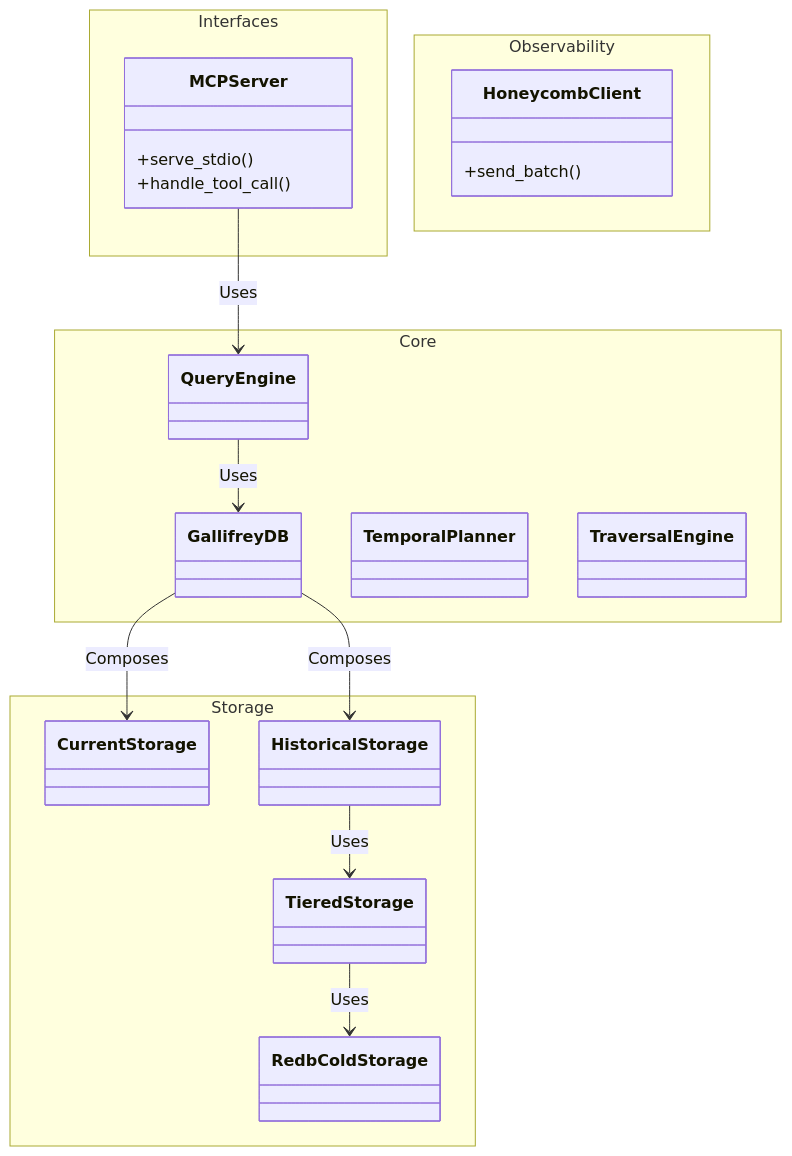
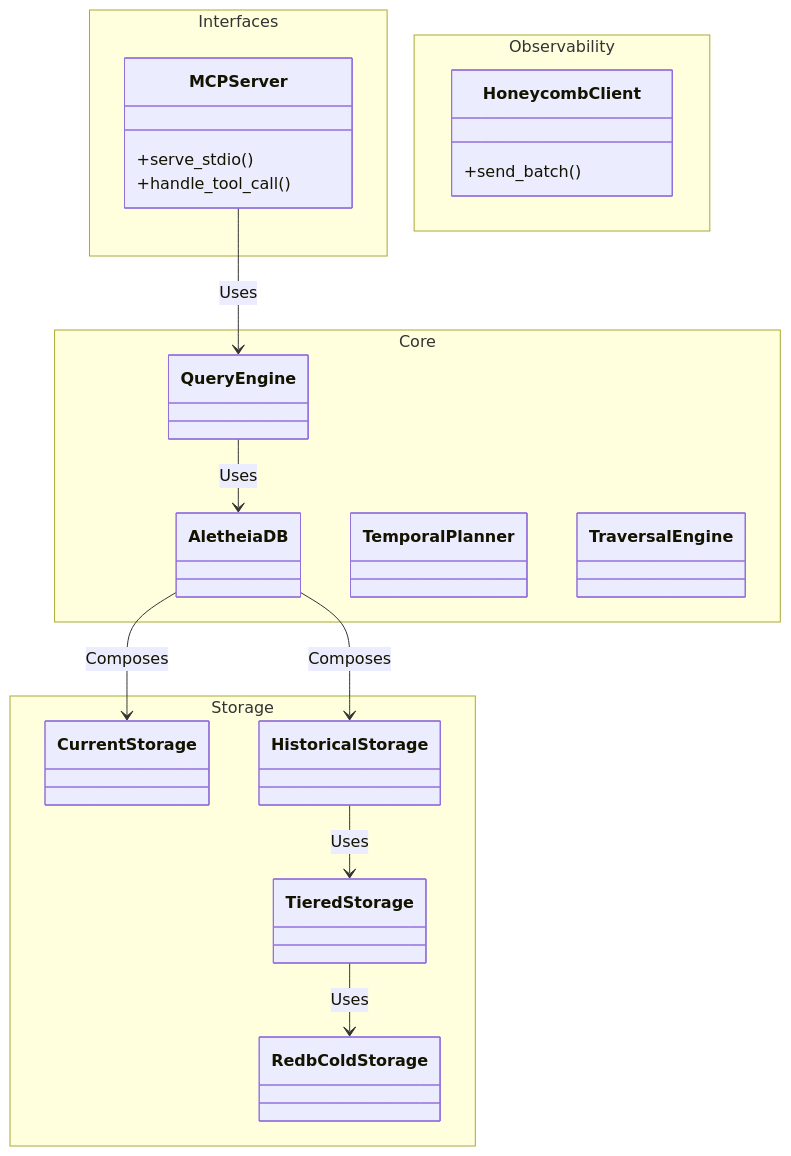
One commit to autumn-foundation/AletheiaDB changed the second of 8 diagrams in docs/ARCHITECTURE.md. Above: the diagram before and after it, drawn with Mermaid. The commit also changed other lines of this file and 316 other files, not shown here.

First line of the commit message:
refactor: Rename project from GallifreyDB to AletheiaDB

````diff
--- a/docs/ARCHITECTURE.md
+++ b/docs/ARCHITECTURE.md
@@ -78,33 +78,33 @@
 ```mermaid
 classDiagram
     namespace Interfaces {
         class MCPServer {
             +serve_stdio()
             +handle_tool_call()
         }
     }
     namespace Core {
-        class GallifreyDB
+        class AletheiaDB
         class QueryEngine
         class TemporalPlanner
         class TraversalEngine
     }
     namespace Storage {
         class CurrentStorage
         class HistoricalStorage
         class TieredStorage
         class RedbColdStorage
     }
     namespace Observability {
         class HoneycombClient {
             +send_batch()
         }
     }
 
     MCPServer --> QueryEngine : Uses
-    QueryEngine --> GallifreyDB : Uses
-    GallifreyDB --> CurrentStorage : Composes
-    GallifreyDB --> HistoricalStorage : Composes
+    QueryEngine --> AletheiaDB : Uses
+    AletheiaDB --> CurrentStorage : Composes
+    AletheiaDB --> HistoricalStorage : Composes
     HistoricalStorage --> TieredStorage : Uses
     TieredStorage --> RedbColdStorage : Uses
 ```
````
